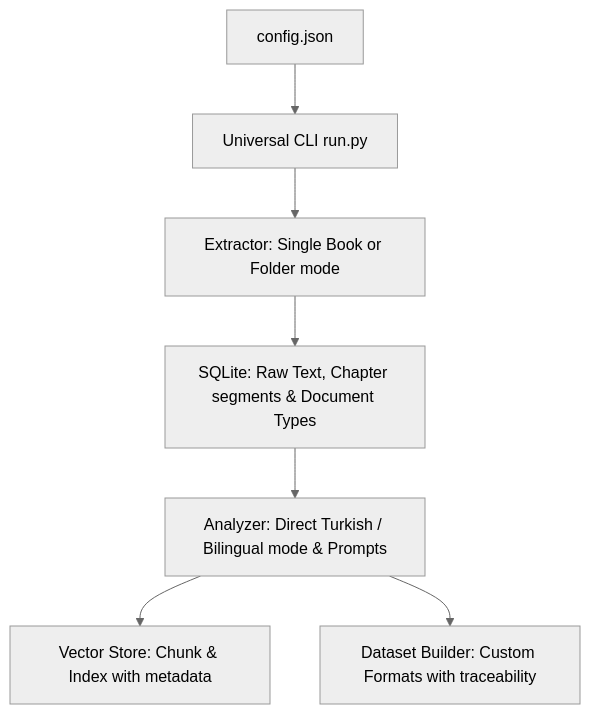
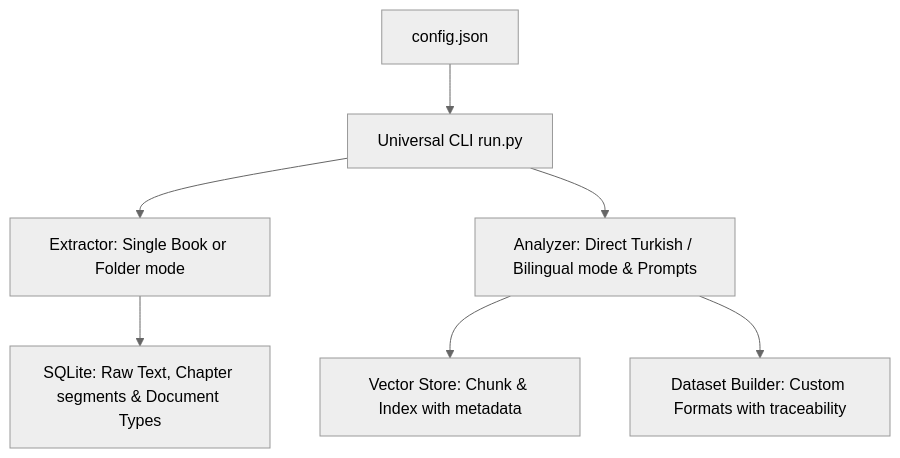
One commit to onkanat/elektor changed the diagram in .antigravity/roadmap_universal_pipeline.md. Above: the diagram before and after it, drawn with Mermaid (neutral theme). The commit also changed other lines of this file and 4 other files, not shown here.

Commit message:
docs: update .antigravity roadmap, plan, walkthrough, and task files for universal pipeline implementation

````diff
--- a/.antigravity/roadmap_universal_pipeline.md
+++ b/.antigravity/roadmap_universal_pipeline.md
@@ -11,9 +11,9 @@
 ```mermaid
 graph TD
     A[config.json] --> B[Universal CLI run.py]
     B --> C[Extractor: Single Book or Folder mode]
     C --> D[SQLite: Raw Text, Chapter segments & Document Types]
-    D --> E[Analyzer: Direct Turkish / Bilingual mode & Prompts]
+    B --> E[Analyzer: Direct Turkish / Bilingual mode & Prompts]
     E --> F[Vector Store: Chunk & Index with metadata]
     E --> G[Dataset Builder: Custom Formats with traceability]
 ```
````
